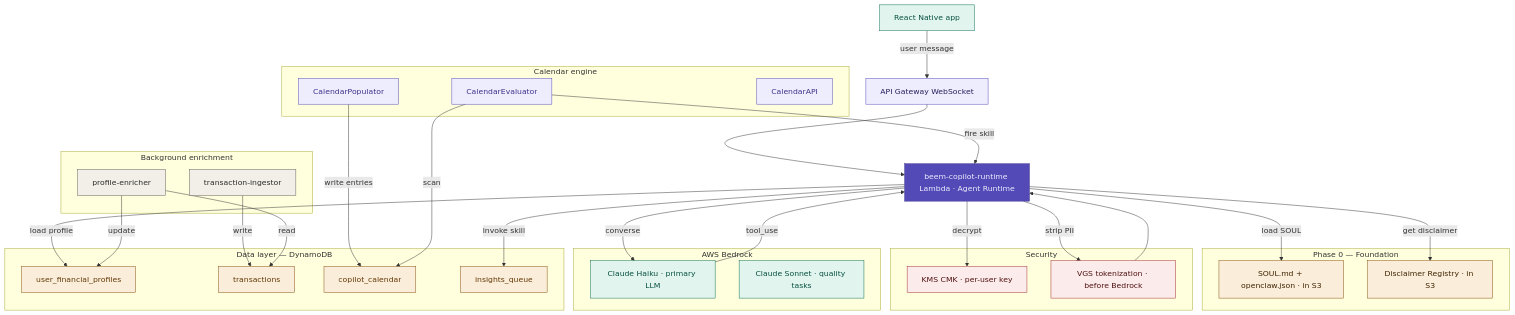
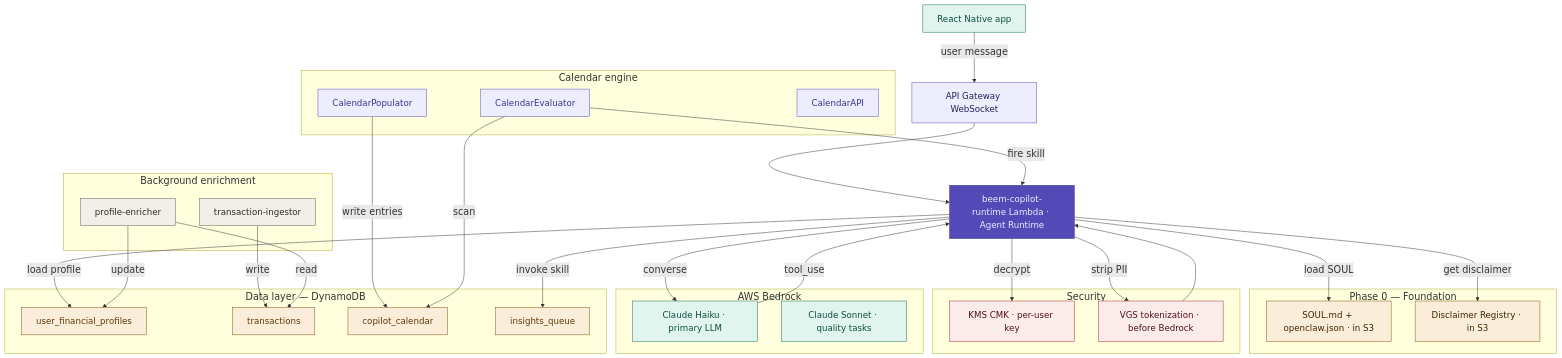
The diagram in Full_architecture_overview.md (niteshkothari-beem/OpenClaw-System-Design-Diagrams), drawn with Mermaid before and after one commit.

````diff
--- a/Full_architecture_overview.md
+++ b/Full_architecture_overview.md
@@ -1,81 +1,79 @@
 ```mermaid
+%%{init: {'theme':'default', 'themeVariables': {
+    'fontSize': '20px',
+    'primaryTextColor': '#000',
+    'lineColor': '#333'
+}}}%%
 flowchart TD
     RN["React Native app"]:::client
     WS["API Gateway WebSocket"]:::infra
     RUNTIME["beem-copilot-runtime Lambda · Agent Runtime"]:::core
 
     RN -->|"user message"| WS
     WS --> RUNTIME
 
-    %% FOUNDATION
     subgraph FOUNDATION["Phase 0 — Foundation"]
         SOUL["SOUL.md + openclaw.json · in S3"]:::store
         DISC["Disclaimer Registry · in S3"]:::store
     end
 
     RUNTIME -->|"load SOUL"| SOUL
     RUNTIME -->|"get disclaimer"| DISC
 
-    %% SECURITY
     subgraph SECURITY["Security"]
         KK["KMS CMK · per-user key"]:::sec
         VG["VGS tokenization · before Bedrock"]:::sec
     end
 
     RUNTIME -->|"decrypt"| KK
     RUNTIME -->|"strip PII"| VG
 
-    %% BEDROCK
     subgraph BEDROCK["AWS Bedrock"]
         HAI["Claude Haiku · primary LLM"]:::llm
         SON["Claude Sonnet · quality tasks"]:::llm
     end
 
     VG --> RUNTIME
     RUNTIME -->|"converse"| HAI
     HAI -->|"tool_use"| RUNTIME
 
-    %% DATA
     subgraph DATASTORE["Data layer — DynamoDB"]
         UFP["user_financial_profiles"]:::db
         TXN["transactions"]:::db
         CAL["copilot_calendar"]:::db
         IQ["insights_queue"]:::db
     end
 
     RUNTIME -->|"load profile"| UFP
     RUNTIME -->|"invoke skill"| IQ
 
-    %% CALENDAR
     subgraph CALENDAR["Calendar engine"]
         CP["CalendarPopulator"]:::sched
         CE["CalendarEvaluator"]:::sched
         CA["CalendarAPI"]:::sched
     end
 
     CE -->|"fire skill"| RUNTIME
     CP -->|"write entries"| CAL
     CE -->|"scan"| CAL
 
-    %% ENRICHMENT
     subgraph ENRICHMENT["Background enrichment"]
         PE["profile-enricher"]:::bg
         TI["transaction-ingestor"]:::bg
     end
 
     PE -->|"update"| UFP
     TI -->|"write"| TXN
     PE -->|"read"| TXN
 
-    %% STYLES
-    classDef client fill:#E1F5EE,stroke:#0F6E56,color:#085041
-    classDef infra fill:#EEEDFE,stroke:#534AB7,color:#26215C
-    classDef core fill:#534AB7,stroke:#3C3489,color:#EEEDFE
-    classDef store fill:#FAEEDA,stroke:#854F0B,color:#412402
-    classDef db fill:#FAEEDA,stroke:#854F0B,color:#633806
-    classDef sched fill:#EEEDFE,stroke:#534AB7,color:#3C3489
-    classDef bg fill:#F1EFE8,stroke:#5F5E5A,color:#2C2C2A
-    classDef sec fill:#FCEBEB,stroke:#A32D2D,color:#501313
-    classDef llm fill:#E1F5EE,stroke:#0F6E56,color:#085041
+    classDef client fill:#E1F5EE,stroke:#0F6E56,color:#085041,font-size:18px
+    classDef infra fill:#EEEDFE,stroke:#534AB7,color:#26215C,font-size:18px
+    classDef core fill:#534AB7,stroke:#3C3489,color:#EEEDFE,font-size:18px
+    classDef store fill:#FAEEDA,stroke:#854F0B,color:#412402,font-size:18px
+    classDef db fill:#FAEEDA,stroke:#854F0B,color:#633806,font-size:18px
+    classDef sched fill:#EEEDFE,stroke:#534AB7,color:#3C3489,font-size:18px
+    classDef bg fill:#F1EFE8,stroke:#5F5E5A,color:#2C2C2A,font-size:18px
+    classDef sec fill:#FCEBEB,stroke:#A32D2D,color:#501313,font-size:18px
+    classDef llm fill:#E1F5EE,stroke:#0F6E56,color:#085041,font-size:18px
 
 ```
````
